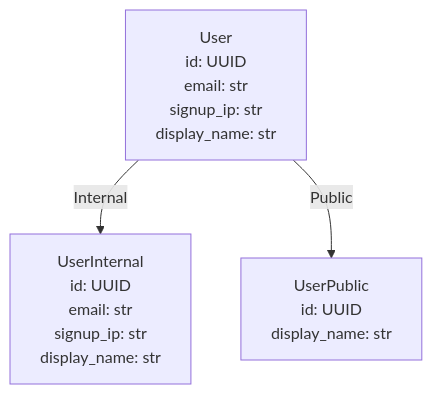
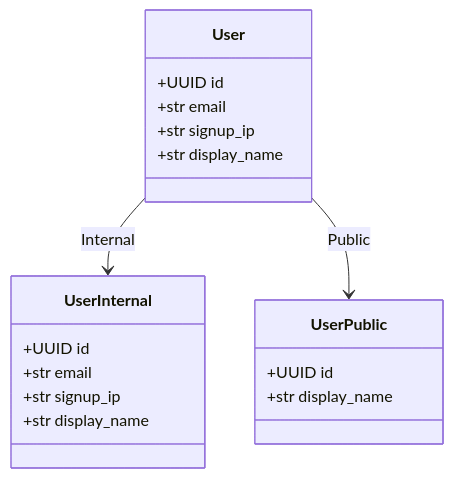
The second of 2 diagrams in examples/fastapi_app/README.md (release-art/pydantic-prism), drawn with Mermaid before and after one commit. The commit also changed other lines of this file and 7 other files, not shown here.

````diff
--- a/examples/fastapi_app/README.md
+++ b/examples/fastapi_app/README.md
@@ -17,9 +17,22 @@
 ```mermaid
-graph TD
-    User["User<br/>id: UUID<br/>email: str<br/>signup_ip: str<br/>display_name: str"]
-    UserInternal["UserInternal<br/>id: UUID<br/>email: str<br/>signup_ip: str<br/>display_name: str"]
-    UserPublic["UserPublic<br/>id: UUID<br/>display_name: str"]
-    User -->|"Internal"| UserInternal
-    User -->|"Public"| UserPublic
-    classDef partial stroke-dasharray: 5 5;
+classDiagram
+    direction TB
+    class User {
+        +UUID id
+        +str email
+        +str signup_ip
+        +str display_name
+    }
+    class UserInternal {
+        +UUID id
+        +str email
+        +str signup_ip
+        +str display_name
+    }
+    class UserPublic {
+        +UUID id
+        +str display_name
+    }
+    User --> UserInternal : Internal
+    User --> UserPublic : Public
 ```
````
